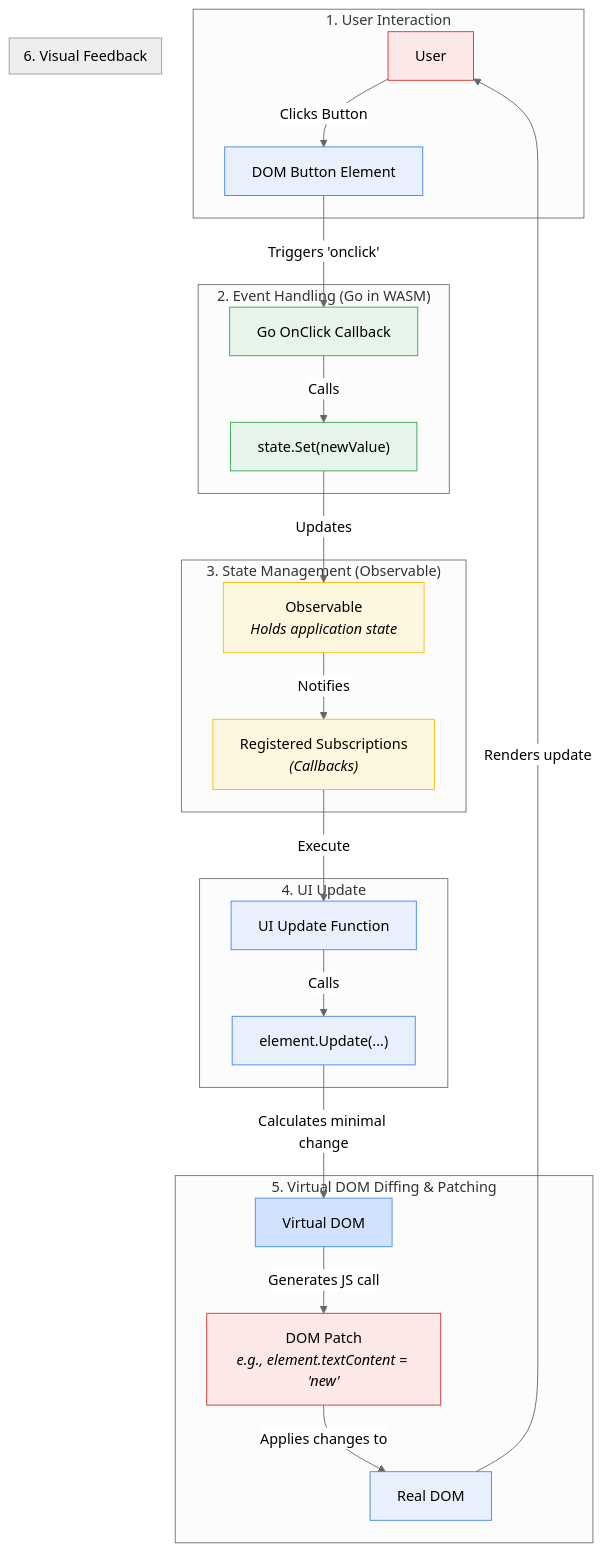
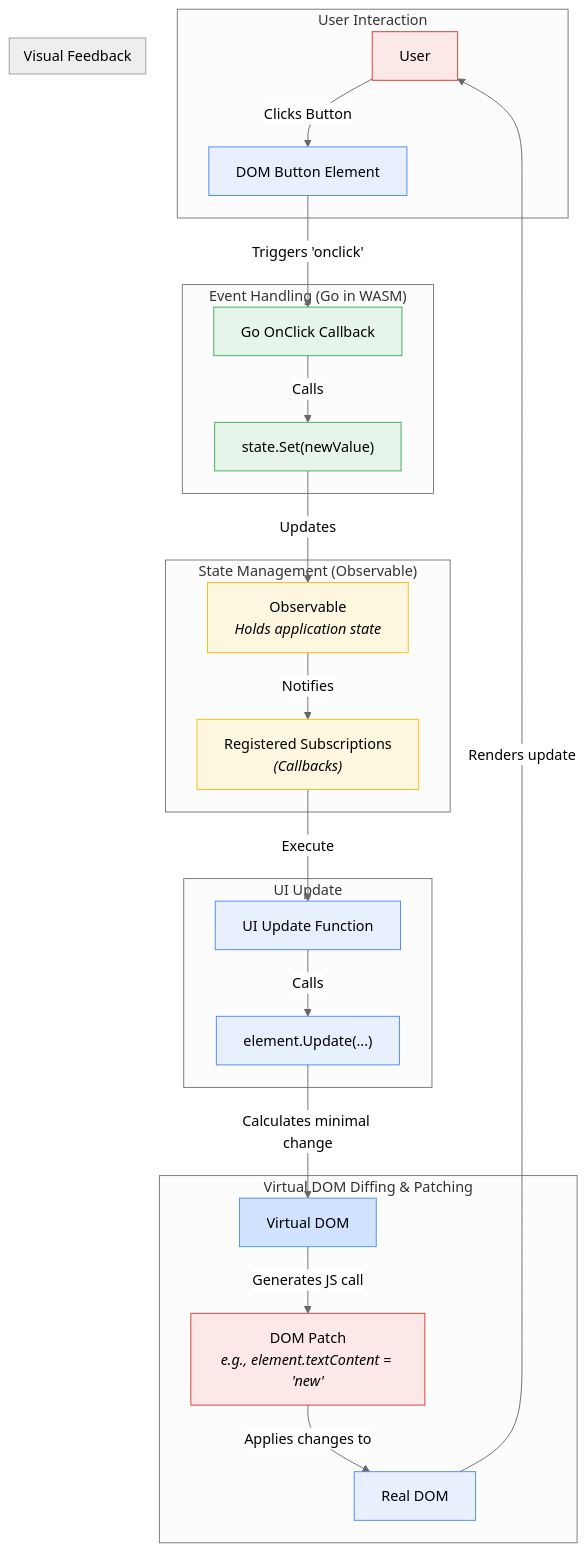
Before and after one commit to Nu11ified/golem: the second of 2 diagrams in README.md, drawn with Mermaid (neutral theme).

Commit message:
Update Mermaid diagram labels in README
Simplified the subgraph titles in the Mermaid diagram within the README for improved clarity and consistency.

````diff
--- a/README.md
+++ b/README.md
@@ -79,43 +79,43 @@
 ```mermaid
 graph TD
-    subgraph "1. User Interaction"
+    subgraph "User Interaction"
         User["User"] -- "Clicks Button" --> DOMButton["DOM Button Element"];
     end
 
-    subgraph "2. Event Handling (Go in WASM)"
+    subgraph "Event Handling (Go in WASM)"
         DOMButton -- "Triggers 'onclick'" --> GoCallback["Go OnClick Callback"];
         GoCallback -- "Calls" --> StateSet["state.Set(newValue)"];
     end
 
-    subgraph "3. State Management (Observable)"
+    subgraph "State Management (Observable)"
         StateSet -- "Updates" --> Observable["Observable<T><br><i>Holds application state</i>"];
         Observable -- "Notifies" --> Subscriptions["Registered Subscriptions<br><i>(Callbacks)</i>"];
     end
 
-    subgraph "4. UI Update"
+    subgraph "UI Update"
         Subscriptions -- "Execute" --> UIUpdateFn["UI Update Function"];
         UIUpdateFn -- "Calls" --> ElementUpdate["element.Update(...)"];
     end
     
-    subgraph "5. Virtual DOM Diffing & Patching"
+    subgraph "Virtual DOM Diffing & Patching"
         ElementUpdate -- "Calculates minimal change" --> VDOM["Virtual DOM"];
         VDOM -- "Generates JS call" --> Patch["DOM Patch<br><i>e.g., element.textContent = 'new'</i>"];
         Patch -- "Applies changes to" --> RealDOM["Real DOM"];
     end
 
-    subgraph "6. Visual Feedback"
+    subgraph "Visual Feedback"
         RealDOM -- "Renders update" --> User;
     end
 
     style User fill:#fce8e6,stroke:#d93025
     style DOMButton fill:#e8f0fe,stroke:#4285f4
     style GoCallback fill:#e6f4ea,stroke:#34a853
     style StateSet fill:#e6f4ea,stroke:#34a853
     style Observable fill:#fef7e0,stroke:#fbbc04
     style Subscriptions fill:#fef7e0,stroke:#fbbc04
     style UIUpdateFn fill:#e8f0fe,stroke:#4285f4
     style ElementUpdate fill:#e8f0fe,stroke:#4285f4
     style VDOM fill:#d1e2ff,stroke:#4a90e2
     style Patch fill:#fce8e6,stroke:#d93025
     style RealDOM fill:#e8f0fe,stroke:#4285f4
 ```
````
